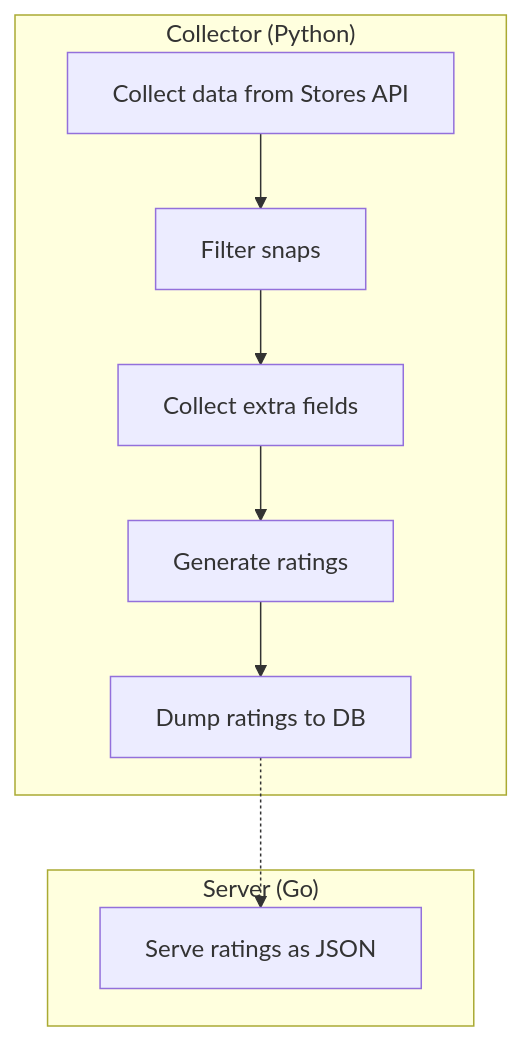
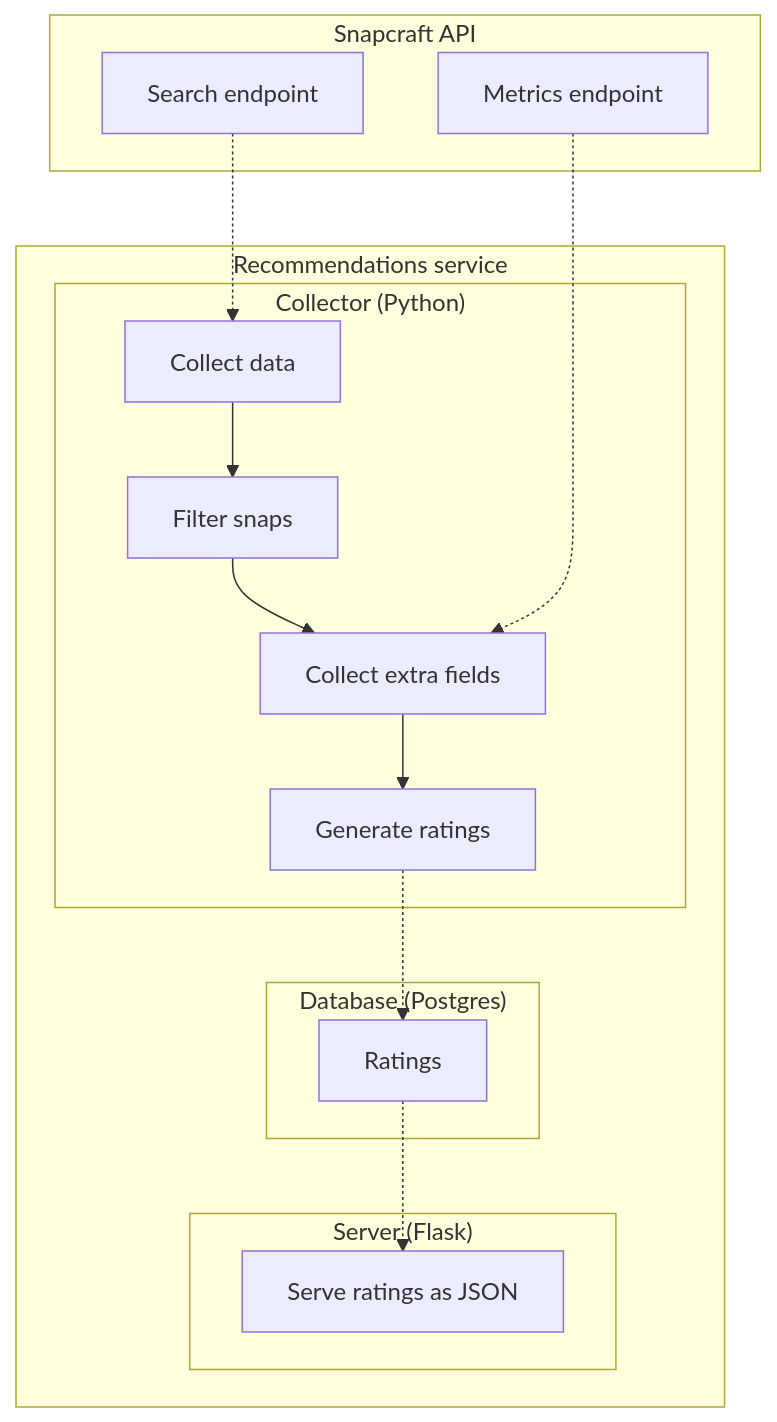
The diagram in README.md (canonical/snap-recommendation-service), drawn with Mermaid before and after one commit. The commit also changed other lines of this file, not shown here.

````diff
--- a/README.md
+++ b/README.md
@@ -54,16 +51,35 @@
 ```mermaid
 flowchart TB
-    subgraph "Collector (Python)"
-        C1[Collect data from Stores API] --> C2[Filter snaps]
-        C2 --> C3[Collect extra fields]
-        C3 --> C4[Generate ratings]
-        C4 --> CO[Dump ratings to DB]
+
+    subgraph "Recommendations service"
+        
+        subgraph "Collector (Python)"
+            
+            C1[Collect data] --> C2[Filter snaps]
+            C2 --> C3[Collect extra fields]
+            C3 --> C4[Generate ratings]
+        end
+
+        subgraph "Database (Postgres)"
+            %% snapdata[Snap data]
+            ratings[Ratings]
+        end
+
+        subgraph "Server (Flask)"
+            S1[Serve ratings as JSON]
+        end
     end
 
-    subgraph "Server (Go)"
-        S1[Serve ratings as JSON]
+    subgraph "Snapcraft API"
+        search[Search endpoint]
+        metrics[Metrics endpoint]
+    end
+    
+    search -.-> C1
+    metrics -.-> C3
+    C4 -.-> ratings
+    ratings -.-> S1
+    %% C1 -.-> snapdata
+    %% snapdata -.-> C2
 
-    end
-
-    CO -.-> S1
 ```
````
